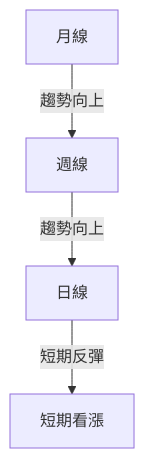
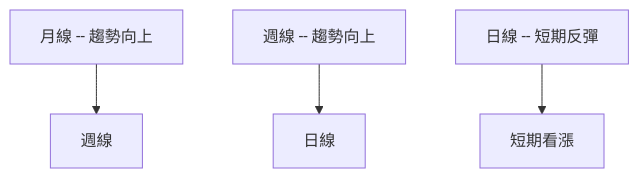
Before and after one commit to yennanliu/finance_data: the second of 9 diagrams in ai_gen_report/stock/onds/technical_analysis_2026-04-16_openai.md, drawn with Mermaid. The commit also changed other lines of this file and 2258 other files, not shown here.

First line of the commit message:
chore: backfill Mermaid syntax repair across existing reports

````diff
--- a/ai_gen_report/stock/onds/technical_analysis_2026-04-16_openai.md
+++ b/ai_gen_report/stock/onds/technical_analysis_2026-04-16_openai.md
@@ -102,6 +102,6 @@
 ```mermaid
 graph TD
-    月線 -- 趨勢向上 --> 週線
-    週線 -- 趨勢向上 --> 日線
-    日線 -- 短期反彈 --> 短期看漲
+    nb1["月線 -- 趨勢向上"] --> 週線
+    nb2["週線 -- 趨勢向上"] --> 日線
+    nb3["日線 -- 短期反彈"] --> 短期看漲
 ```
````
